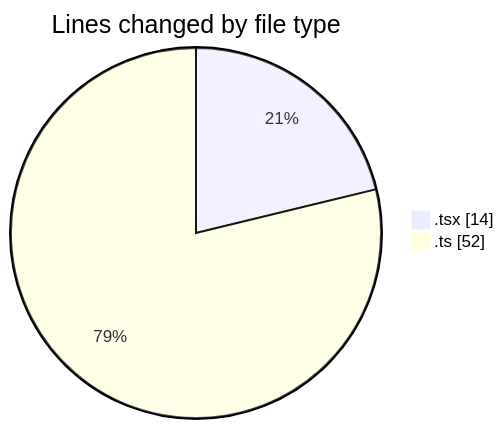
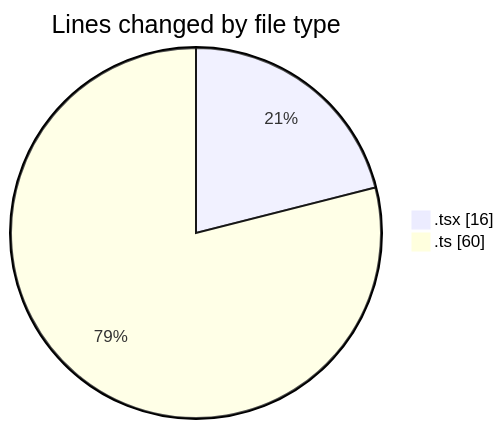
Before and after one commit to momahboobian/code-tracking: the first of 2 diagrams in 2025-10-07/cda/README.md, drawn with Mermaid. The commit also changed other lines of this file and 1 other file, not shown here.

````diff
--- a/2025-10-07/cda/README.md
+++ b/2025-10-07/cda/README.md
@@ -21,6 +22,6 @@
 ```mermaid
 pie showData
 title Lines changed by file type
-".tsx" : 14
-".ts" : 52
+".tsx" : 16
+".ts" : 60
 ```
````
